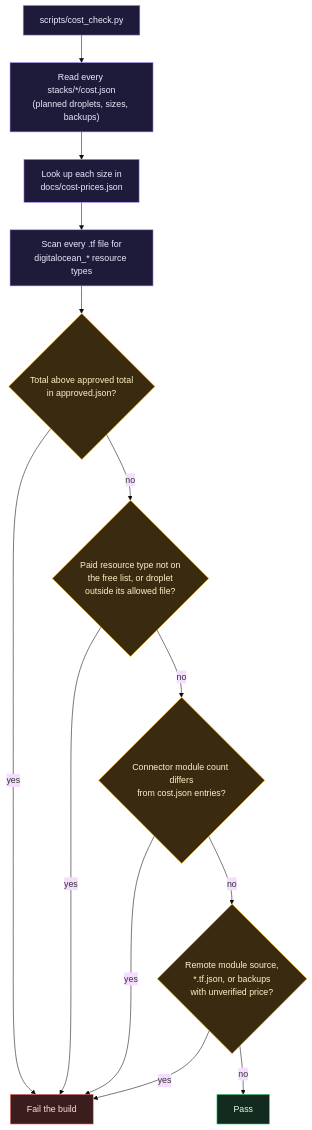
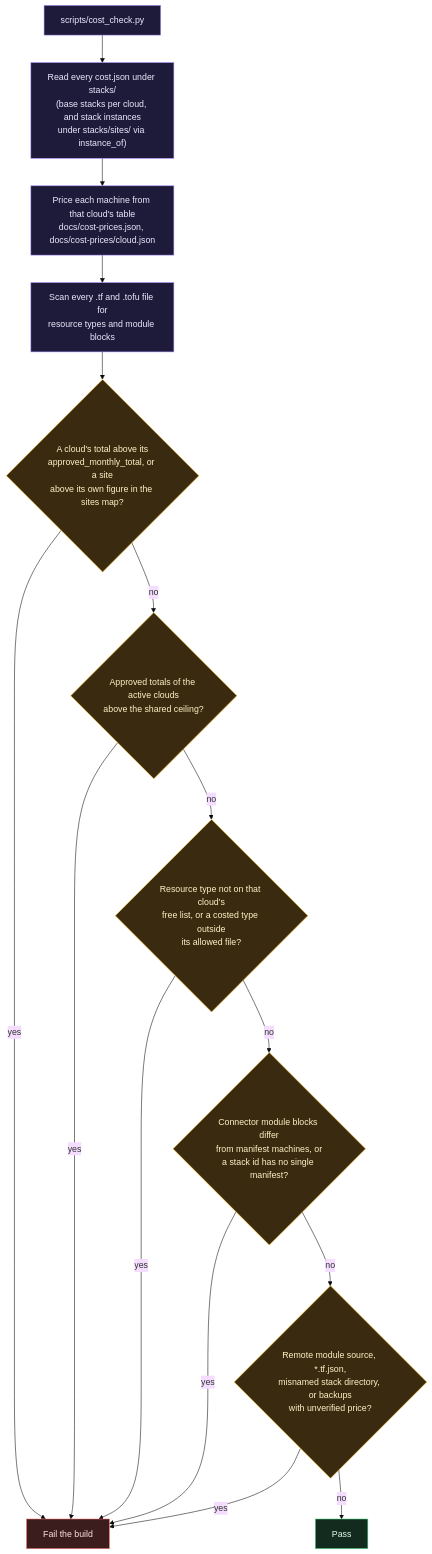
One commit to ChiefGyk3D/Clouds-Against-Humanity changed the second of 2 diagrams in docs/wiki/CI-Tests-and-Cost-Gate.md. Above: the diagram before and after it, drawn with Mermaid (base theme). The commit also changed other lines of this file and 20 other files, not shown here.

````diff
--- a/docs/wiki/CI-Tests-and-Cost-Gate.md
+++ b/docs/wiki/CI-Tests-and-Cost-Gate.md
@@ -55,27 +55,30 @@
 ```mermaid
 flowchart TD
     start["scripts/cost_check.py"]:::ctrl
-    read["Read every stacks/*/cost.json<br/>(planned droplets, sizes, backups)"]:::ctrl
-    price["Look up each size in<br/>docs/cost-prices.json"]:::ctrl
-    scan["Scan every .tf file for<br/>digitalocean_* resource types"]:::ctrl
-    q1{"Total above approved total<br/>in approved.json?"}:::warn
-    q2{"Paid resource type not on<br/>the free list, or droplet<br/>outside its allowed file?"}:::warn
-    q3{"Connector module count differs<br/>from cost.json entries?"}:::warn
-    q4{"Remote module source,<br/>*.tf.json, or backups<br/>with unverified price?"}:::warn
+    read["Read every cost.json under stacks/<br/>(base stacks per cloud, and stack instances<br/>under stacks/sites/ via instance_of)"]:::ctrl
+    price["Price each machine from that cloud's table<br/>docs/cost-prices.json, docs/cost-prices/cloud.json"]:::ctrl
+    scan["Scan every .tf and .tofu file for<br/>resource types and module blocks"]:::ctrl
+    q1{"A cloud's total above its<br/>approved_monthly_total, or a site<br/>above its own figure in the sites map?"}:::warn
+    q1b{"Approved totals of the active clouds<br/>above the shared ceiling?"}:::warn
+    q2{"Resource type not on that cloud's<br/>free list, or a costed type outside<br/>its allowed file?"}:::warn
+    q3{"Connector module blocks differ<br/>from manifest machines, or<br/>a stack id has no single manifest?"}:::warn
+    q4{"Remote module source, *.tf.json,<br/>misnamed stack directory, or backups<br/>with unverified price?"}:::warn
     fail["Fail the build"]:::ext
     pass["Pass"]:::you
     start --> read --> price --> scan --> q1
     q1 -- "yes" --> fail
-    q1 -- "no" --> q2
+    q1 -- "no" --> q1b
+    q1b -- "yes" --> fail
+    q1b -- "no" --> q2
     q2 -- "yes" --> fail
     q2 -- "no" --> q3
     q3 -- "yes" --> fail
     q3 -- "no" --> q4
     q4 -- "yes" --> fail
     q4 -- "no" --> pass
 
     classDef you fill:#132a1f,stroke:#4ade80,color:#dcfce7
     classDef ext fill:#3b1d1d,stroke:#f87171,color:#fde2e2
     classDef ctrl fill:#1e1b3a,stroke:#a78bfa,color:#ede9fe
     classDef warn fill:#3a2a0f,stroke:#fbbf24,color:#fef3c7
 ```
````
